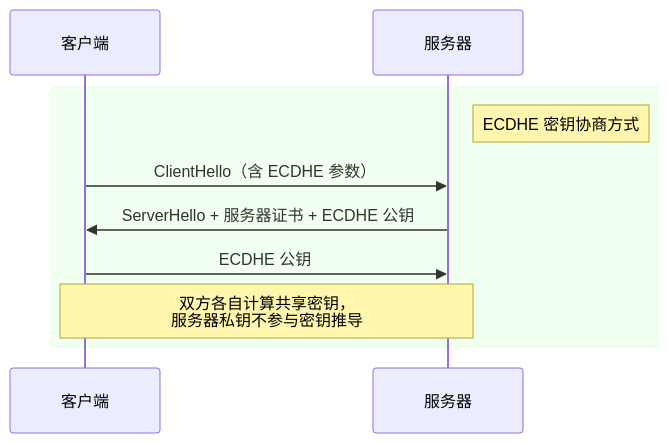
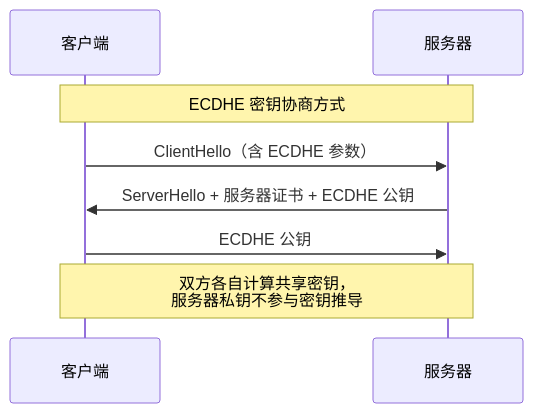
One commit to luguosong/programming-notes changed the fourth of 4 diagrams in docs/topic/cryptography/key-exchange/index.md. Above: the diagram before and after it, drawn with Mermaid. The commit also changed other lines of this file and 2 other files, not shown here.

````diff
--- a/docs/topic/cryptography/key-exchange/index.md
+++ b/docs/topic/cryptography/key-exchange/index.md
@@ -257,13 +255,11 @@
 ```mermaid
 sequenceDiagram
     participant C as 客户端
     participant S as 服务器
 
-    rect rgb(240,255,240)
-    Note right of S: ECDHE 密钥协商方式
+    Note over C,S: ECDHE 密钥协商方式
     C->>S: ClientHello（含 ECDHE 参数）
     S->>C: ServerHello + 服务器证书 + ECDHE 公钥
     C->>S: ECDHE 公钥
     Note over C,S: 双方各自计算共享密钥，<br/>服务器私钥不参与密钥推导
-    end
 ```
````
